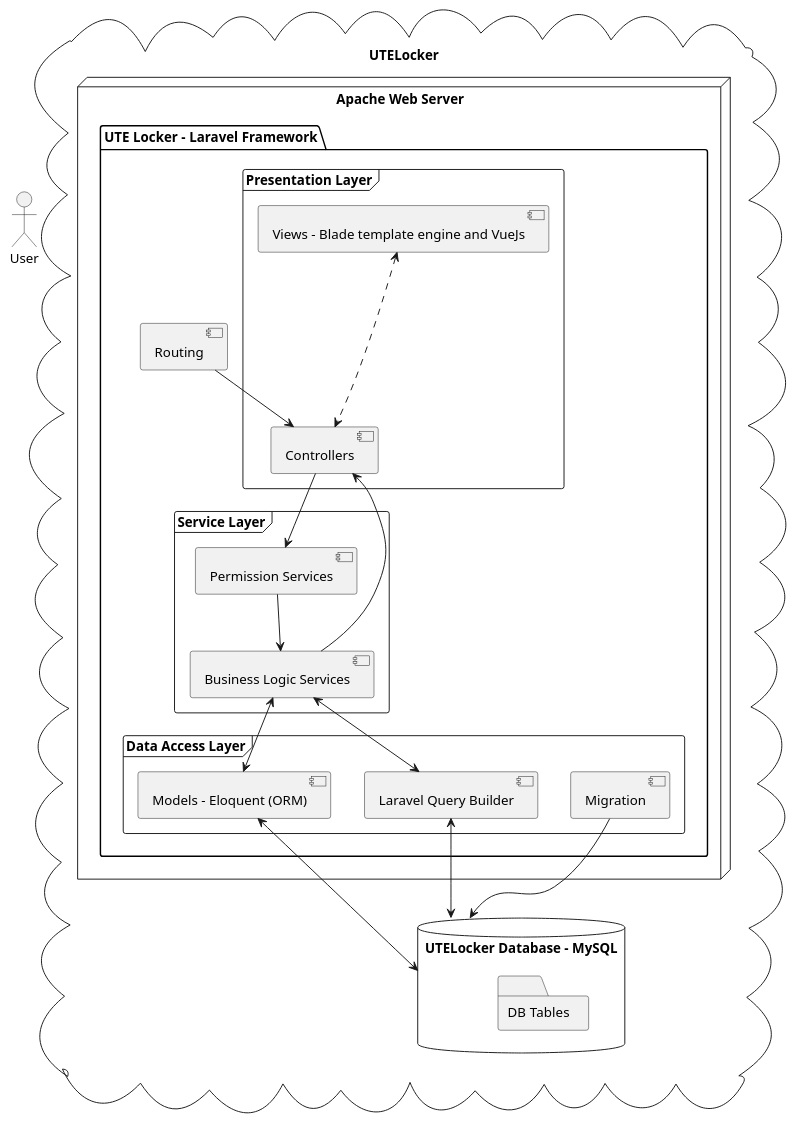
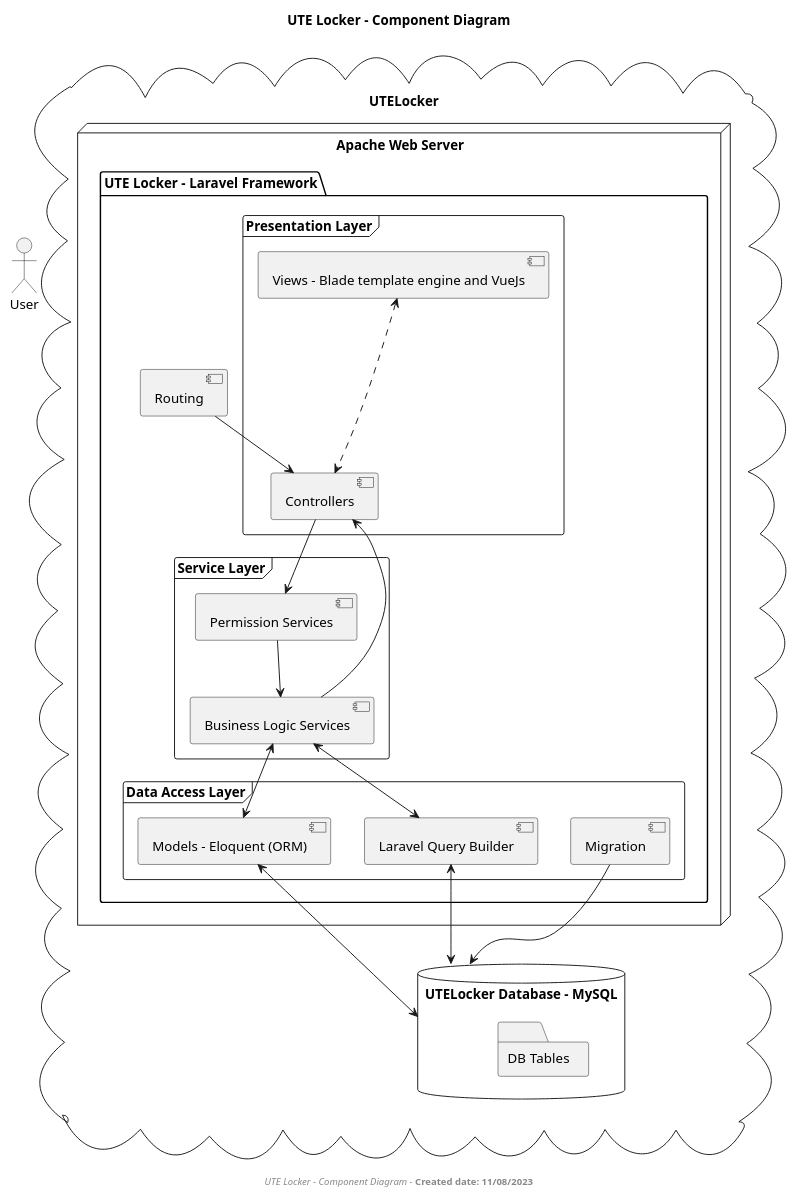
The diagram in uml/architecture-en.plantuml (UTELocker/UTELocker), drawn with PlantUML before and after one commit. The commit also changed 8 other files, not shown here.

```diff
--- a/uml/architecture-en.plantuml
+++ b/uml/architecture-en.plantuml
@@ -1,40 +1,42 @@
 @startuml
+title UTE Locker - Component Diagram
+footer <i>UTE Locker - Component Diagram</i> - <b>Created date: 11/08/2023</b>
 actor User as user
 
 cloud "UTELocker" as locker {
     node "Apache Web Server" as webserver {
         folder "UTE Locker - Laravel Framework" as webapp {
             component "Routing" as routing
             frame "Presentation Layer" as presentation {
                 component "Controllers" as controllers
                 component "Views - Blade template engine and VueJs" as views
 
                 views <-.-> controllers
             }
             routing -down-> controllers
             frame "Data Access Layer" as data {
                 component "Models - Eloquent (ORM)" as models
                 component "Laravel Query Builder" as query
                 component "Migration" as migration
             }
 
             frame "Service Layer" as service {
                 component "Permission Services" as permission
                 component "Business Logic Services" as business
                 permission -down-> business
             }
             controllers -down->permission
             business -down-> controllers
             business <--> models
             query <--> business
         }
     }
     database "UTELocker Database - MySQL" as database {
         folder "DB Tables" as tables
     }
     migration -down--> database
     models <-down-> database
     query <-down-> database
 
 }
 @enduml
```
